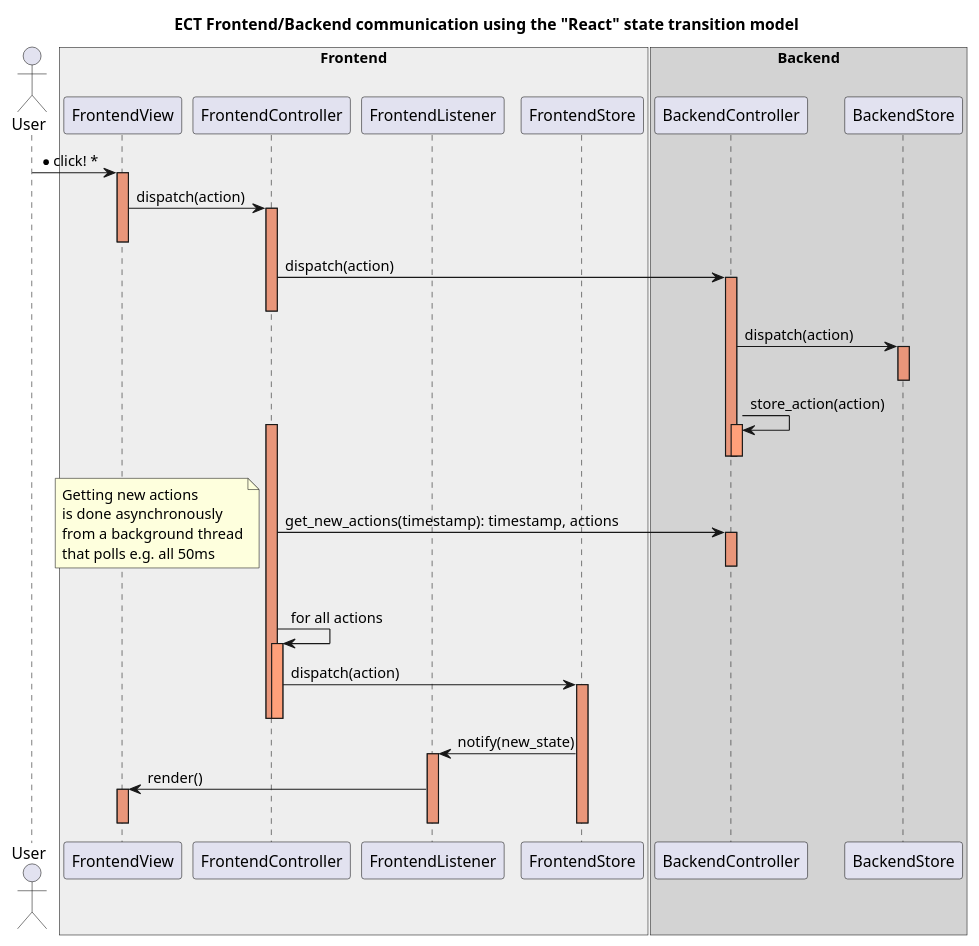
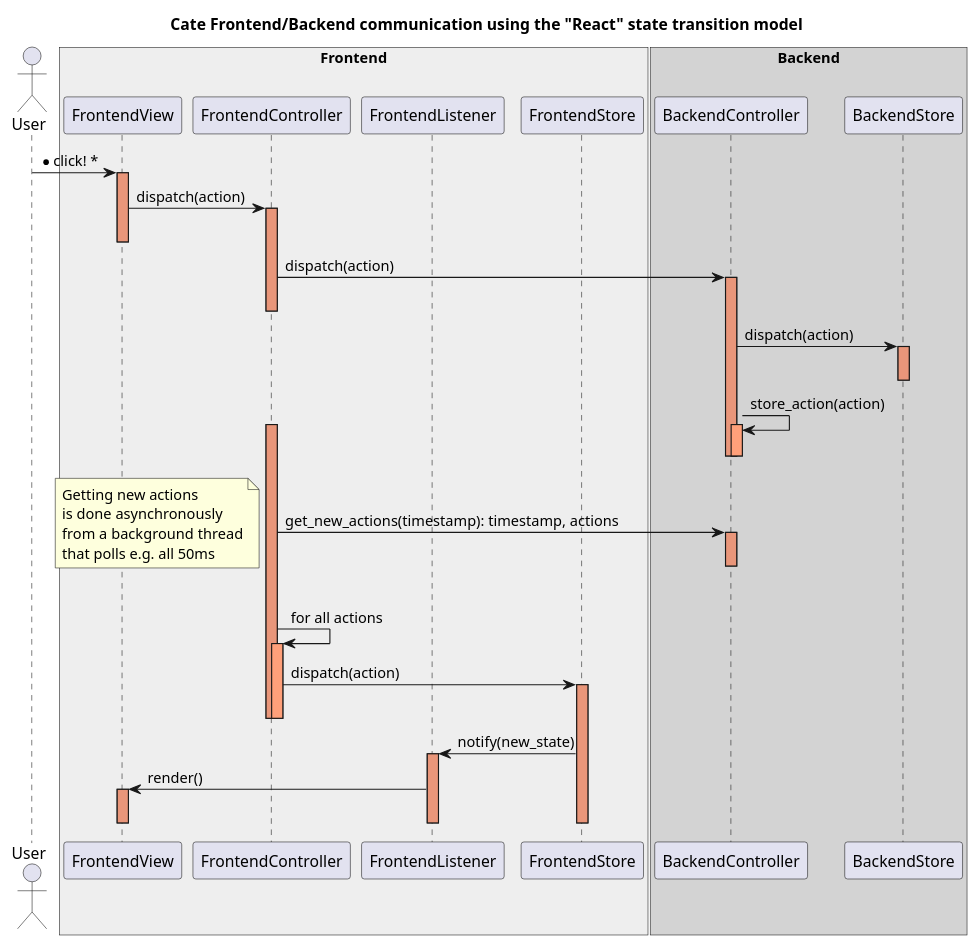
The diagram in doc/source/uml/webapi_seq.puml (CCI-Tools/cate), drawn with PlantUML before and after one commit. The commit also changed 135 other files, not shown here.

```diff
--- a/doc/source/uml/webapi_seq.puml
+++ b/doc/source/uml/webapi_seq.puml
@@ -1,77 +1,77 @@
 @startuml
 
-title ECT Frontend/Backend communication using the "React" state transition model
+title Cate Frontend/Backend communication using the "React" state transition model
 
 actor User
 
 box "Frontend" #eeeeee
     participant FrontendView
     participant FrontendController
     participant FrontendListener
     participant FrontendStore
 end box
 
 box "Backend" #LightGray
     participant BackendController
     participant BackendStore
 end box
 
 
 User -> FrontendView: * click! *
 activate FrontendView #DarkSalmon
 
 FrontendView -> FrontendController: dispatch(action)
 activate FrontendController #DarkSalmon
 deactivate FrontendView #DarkSalmon
 
 FrontendController -> BackendController: dispatch(action)
 
 activate BackendController #DarkSalmon
 
 deactivate FrontendController
 
 
 BackendController -> BackendStore: dispatch(action)
 activate BackendStore #DarkSalmon
 deactivate BackendStore
 
 BackendController -> BackendController: store_action(action)
 activate BackendController #LightSalmon
 deactivate BackendController
 
 deactivate BackendController
 
 activate FrontendController #DarkSalmon
 
 FrontendController -> BackendController: get_new_actions(timestamp): timestamp, actions
 note left
 	Getting new actions
 	is done asynchronously
 	from a background thread
 	that polls e.g. all 50ms
 end note
 
 activate BackendController #DarkSalmon
 deactivate BackendController
 
 
 FrontendController -> FrontendController: for all actions
 activate FrontendController #LightSalmon
 
 FrontendController -> FrontendStore: dispatch(action)
 activate FrontendStore #DarkSalmon
 
 deactivate FrontendController
 deactivate FrontendController
 
 FrontendStore -> FrontendListener: notify(new_state)
 activate FrontendListener #DarkSalmon
 
 FrontendListener -> FrontendView: render()
 activate FrontendView #DarkSalmon
 
 deactivate FrontendView
 deactivate FrontendListener
 deactivate FrontendStore
 
 @enduml
```
